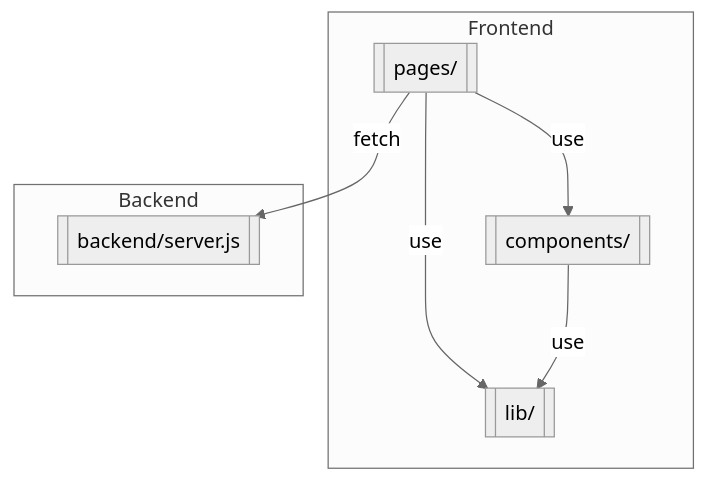
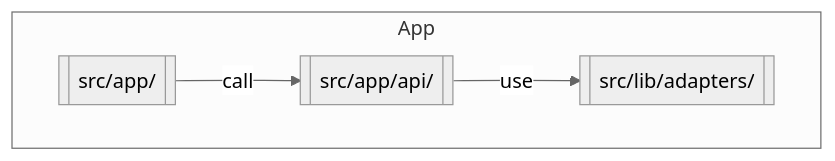
Before and after one commit to dasaep/agentic-ai-commerce: the diagram in README.md, drawn with Mermaid (neutral theme). The commit also changed other lines of this file, not shown here.

Commit message:
docs: update README for nextjs api routes

````diff
--- a/README.md
+++ b/README.md
@@ -13,15 +15,10 @@
 ```mermaid
 graph TD
-    subgraph Frontend
-        pages[[pages/]]
-        components[[components/]]
-        lib[[lib/]]
+    subgraph App
+        pages[[src/app/]]
+        api[[src/app/api/]]
+        adapters[[src/lib/adapters/]]
     end
-    subgraph Backend
-        backend[[backend/server.js]]
-    end
-    pages -- use --> components
-    pages -- use --> lib
-    components -- use --> lib
-    pages -- fetch --> backend
+    pages -- call --> api
+    api -- use --> adapters
 ```
````
